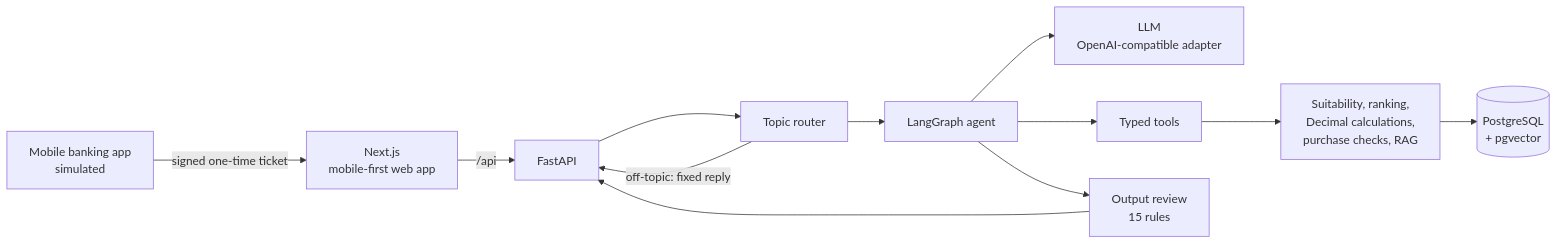
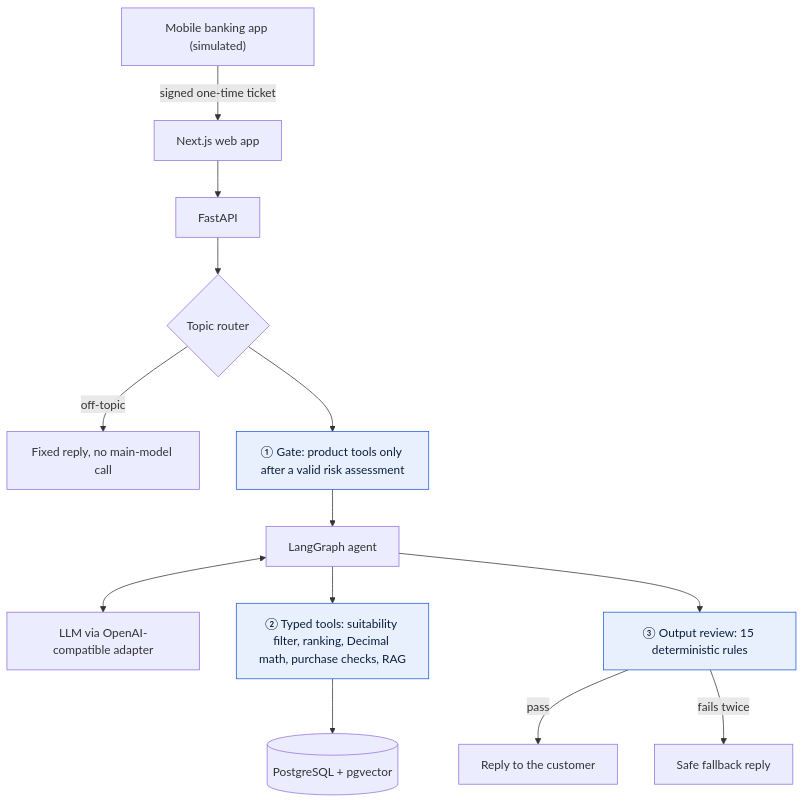
The diagram in README.md (Zeye430/WealthPilot_Agent), drawn with Mermaid before and after one commit. The commit also changed other lines of this file and 35 other files, not shown here.

````diff
--- a/README.md
+++ b/README.md
@@ -55,14 +152,17 @@
 ```mermaid
-flowchart LR
-    APP[Mobile banking app<br/>simulated] -->|signed one-time ticket| FE[Next.js<br/>mobile-first web app]
-    FE -->|/api| API[FastAPI]
-    API --> R[Topic router]
-    R -->|off-topic: fixed reply| API
-    R --> G[LangGraph agent]
-    G --> LLM[LLM<br/>OpenAI-compatible adapter]
-    G --> T[Typed tools]
-    T --> BIZ[Suitability, ranking,<br/>Decimal calculations,<br/>purchase checks, RAG]
-    BIZ --> DB[(PostgreSQL<br/>+ pgvector)]
-    G --> OG[Output review<br/>15 rules]
-    OG --> API
+flowchart TD
+    APP["Mobile banking app (simulated)"] -->|signed one-time ticket| FE["Next.js web app"]
+    FE --> API["FastAPI"]
+    API --> R{"Topic router"}
+    R -->|off-topic| FIX["Fixed reply, no main-model call"]
+    R --> GATE["① Gate: product tools only after a valid risk assessment"]
+    GATE --> G["LangGraph agent"]
+    G <--> LLM["LLM via OpenAI-compatible adapter"]
+    G --> T["② Typed tools: suitability filter, ranking, Decimal math, purchase checks, RAG"]
+    T --> DB[("PostgreSQL + pgvector")]
+    G --> OG["③ Output review: 15 deterministic rules"]
+    OG -->|pass| OUT["Reply to the customer"]
+    OG -->|fails twice| FB["Safe fallback reply"]
+    classDef control fill:#E8F0FE,stroke:#1D5BD8,color:#0A1F3D
+    class GATE,T,OG control
 ```
````
